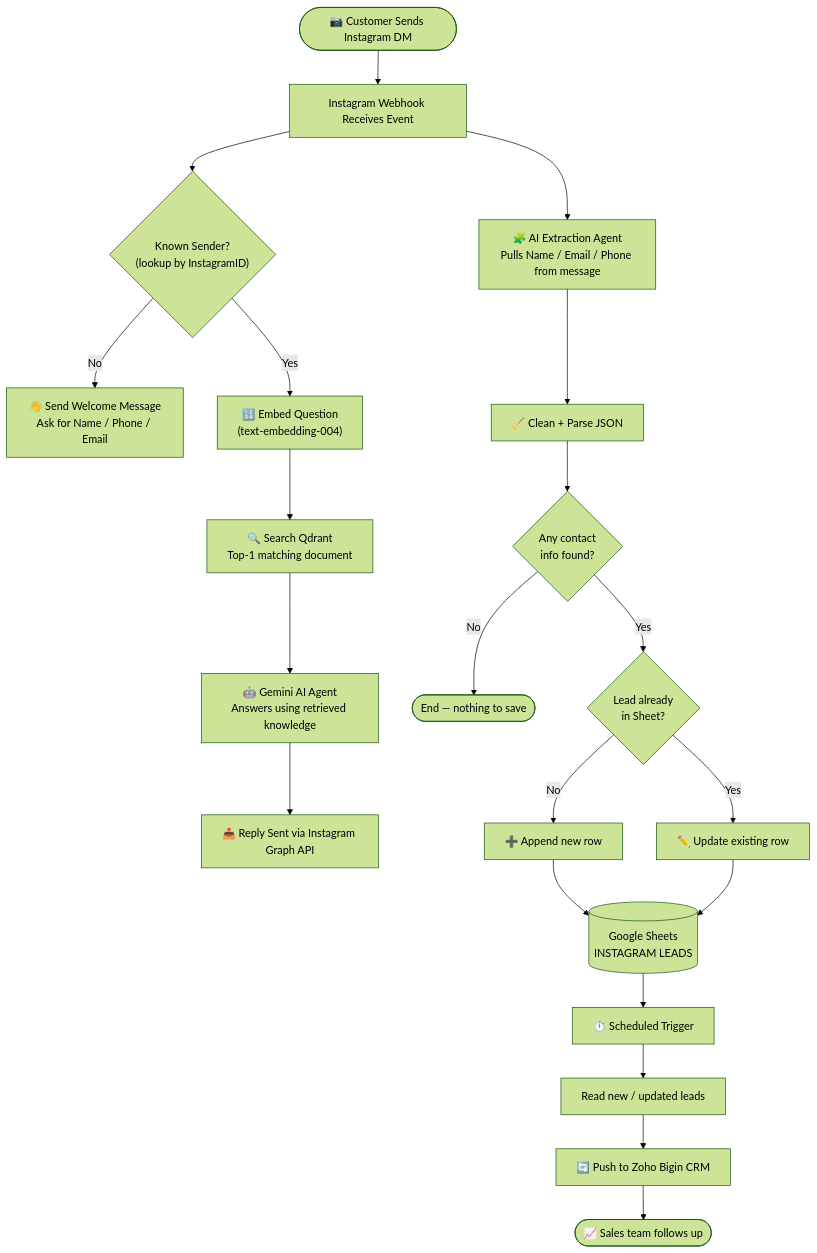
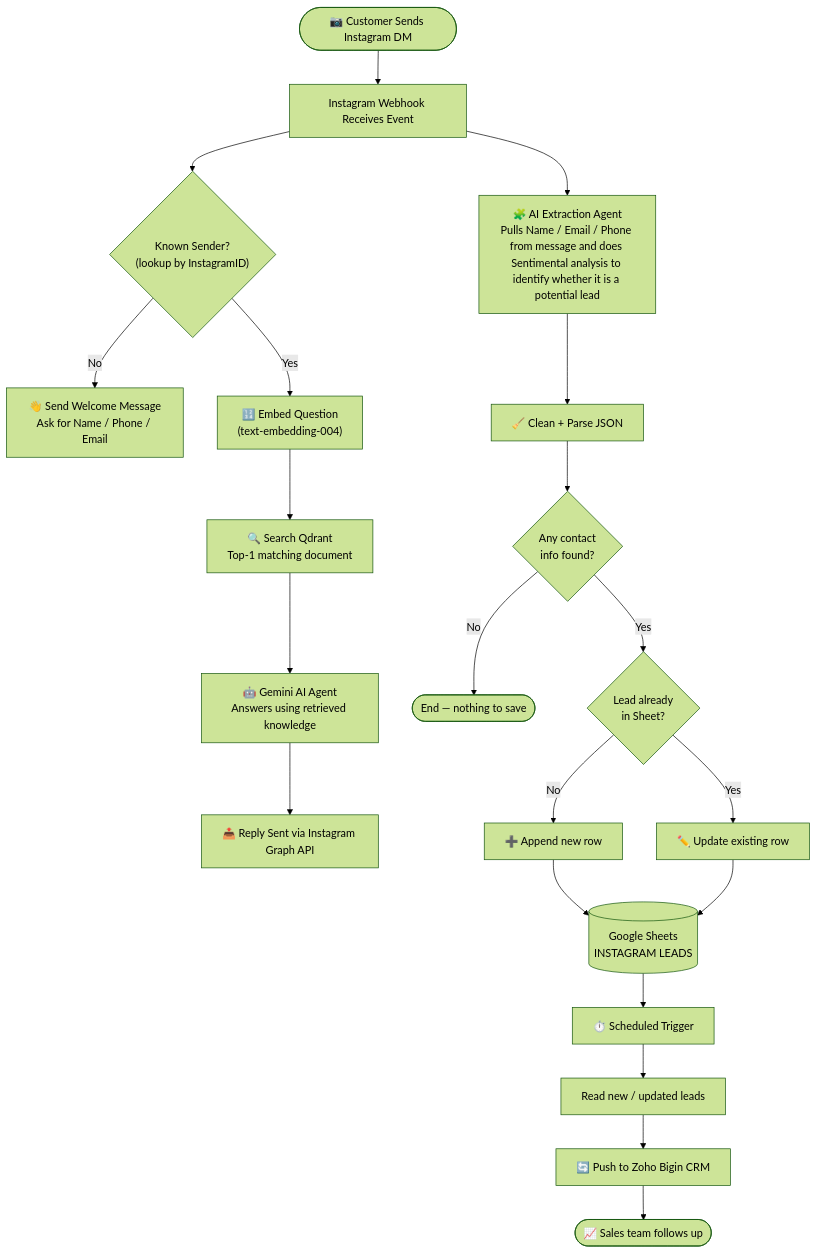
One commit to Soorya-SS-01/AI-Lead-Capture-Chat-Automation changed the second of 2 diagrams in README.md. Above: the diagram before and after it, drawn with Mermaid (forest theme). The commit also changed other lines of this file, not shown here.

````diff
--- a/README.md
+++ b/README.md
@@ -127,27 +127,27 @@
 ```mermaid
 flowchart TD
     A(["📷 Customer Sends Instagram DM"]) --> B["Instagram Webhook Receives Event"]
     B --> C{"Known Sender?\n(lookup by InstagramID)"}
 
     C -- "No" --> D["👋 Send Welcome Message\nAsk for Name / Phone / Email"]
     C -- "Yes" --> E["🔢 Embed Question\n(text-embedding-004)"]
     E --> F["🔍 Search Qdrant\nTop-1 matching document"]
     F --> G["🤖 Gemini AI Agent\nAnswers using retrieved knowledge"]
     G --> H["📤 Reply Sent via Instagram Graph API"]
 
-    B --> I["🧩 AI Extraction Agent\nPulls Name / Email / Phone from message"]
+    B --> I["🧩 AI Extraction Agent\nPulls Name / Email / Phone from message and does Sentimental analysis to identify whether it is a potential lead"]
     I --> J["🧹 Clean + Parse JSON"]
     J --> K{"Any contact\ninfo found?"}
     K -- "No" --> Z(["End — nothing to save"])
     K -- "Yes" --> L{"Lead already\nin Sheet?"}
     L -- "No" --> M["➕ Append new row"]
     L -- "Yes" --> N["✏️ Update existing row"]
 
     M --> O[("Google Sheets\nINSTAGRAM LEADS")]
     N --> O
 
     O --> P["⏱️ Scheduled Trigger"]
     P --> Q["Read new / updated leads"]
     Q --> R["🔄 Push to Zoho Bigin CRM"]
     R --> S(["📈 Sales team follows up"])
 ```
````
